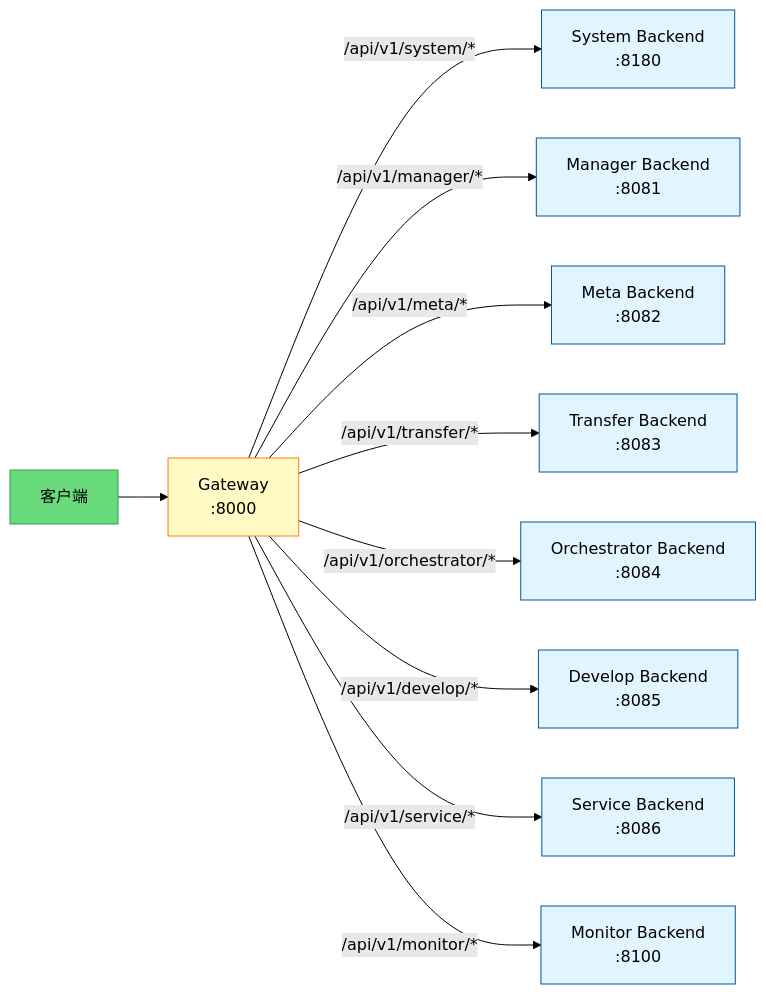
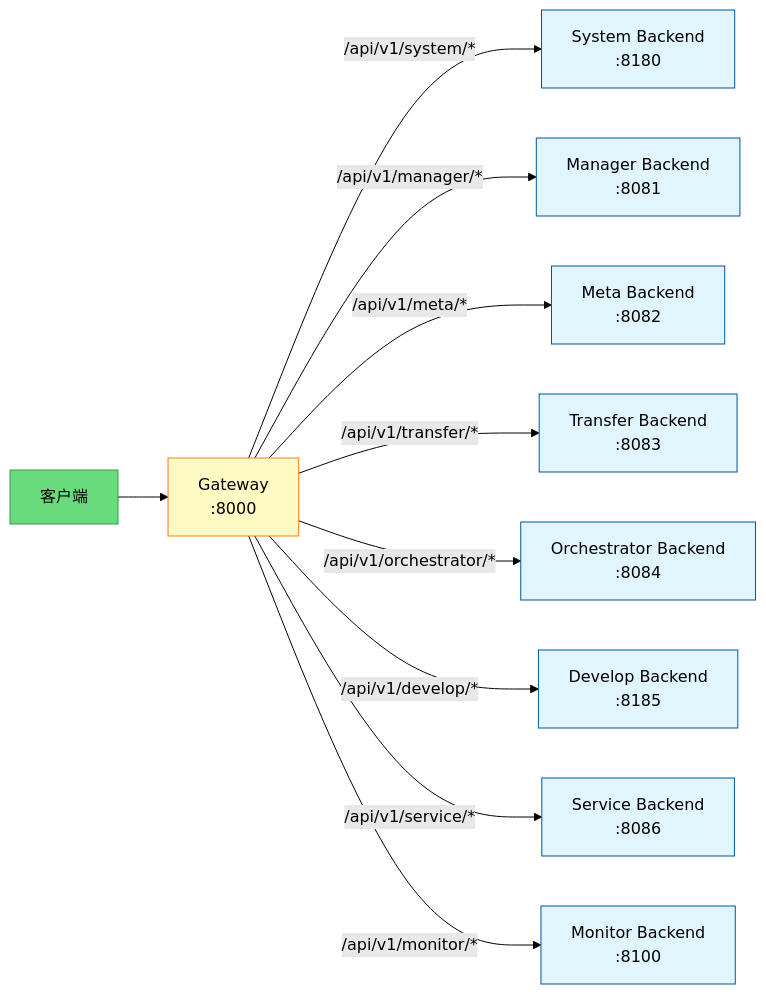
Before and after one commit to pampa0629/addp: the seventh of 12 diagrams in docs/concepts/addp模块架构图.md, drawn with Mermaid (forest theme). The commit also changed other lines of this file and 536 other files, not shown here.

````diff
--- a/docs/concepts/addp模块架构图.md
+++ b/docs/concepts/addp模块架构图.md
@@ -472,21 +476,21 @@
 ```mermaid
 graph LR
     Client[客户端] --> Gateway[Gateway<br/>:8000]
 
     Gateway --> |/api/v1/system/*| System[System Backend<br/>:8180]
     Gateway --> |/api/v1/manager/*| Manager[Manager Backend<br/>:8081]
     Gateway --> |/api/v1/meta/*| Meta[Meta Backend<br/>:8082]
     Gateway --> |/api/v1/transfer/*| Transfer[Transfer Backend<br/>:8083]
     Gateway --> |/api/v1/orchestrator/*| Orchestrator[Orchestrator Backend<br/>:8084]
-    Gateway --> |/api/v1/develop/*| Develop[Develop Backend<br/>:8085]
+    Gateway --> |/api/v1/develop/*| Develop[Develop Backend<br/>:8185]
     Gateway --> |/api/v1/service/*| Service[Service Backend<br/>:8086]
     Gateway --> |/api/v1/monitor/*| Monitor[Monitor Backend<br/>:8100]
 
     classDef client fill:#69db7c,stroke:#2f9e44
     classDef gateway fill:#fff9c4,stroke:#f57f17
     classDef backend fill:#e1f5ff,stroke:#01579b
 
     class Client client
     class Gateway gateway
     class System,Manager,Meta,Transfer,Orchestrator,Develop,Service,Monitor backend
 ```
````
